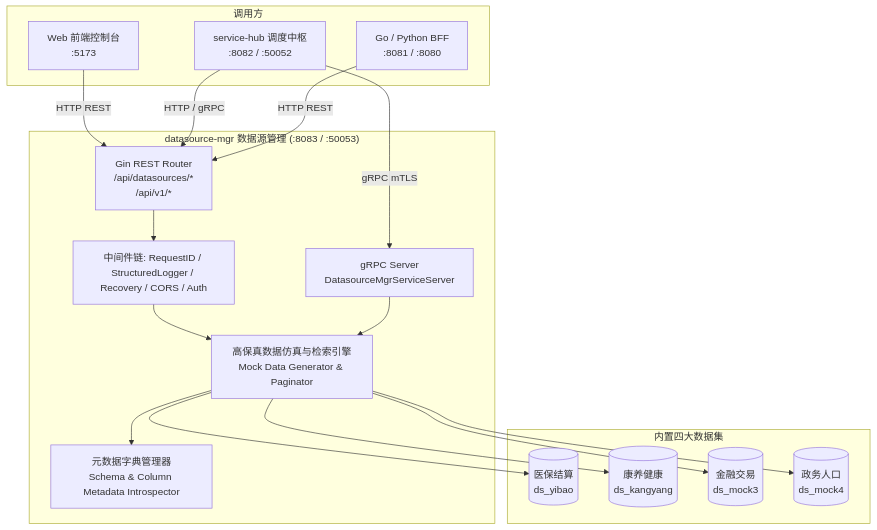
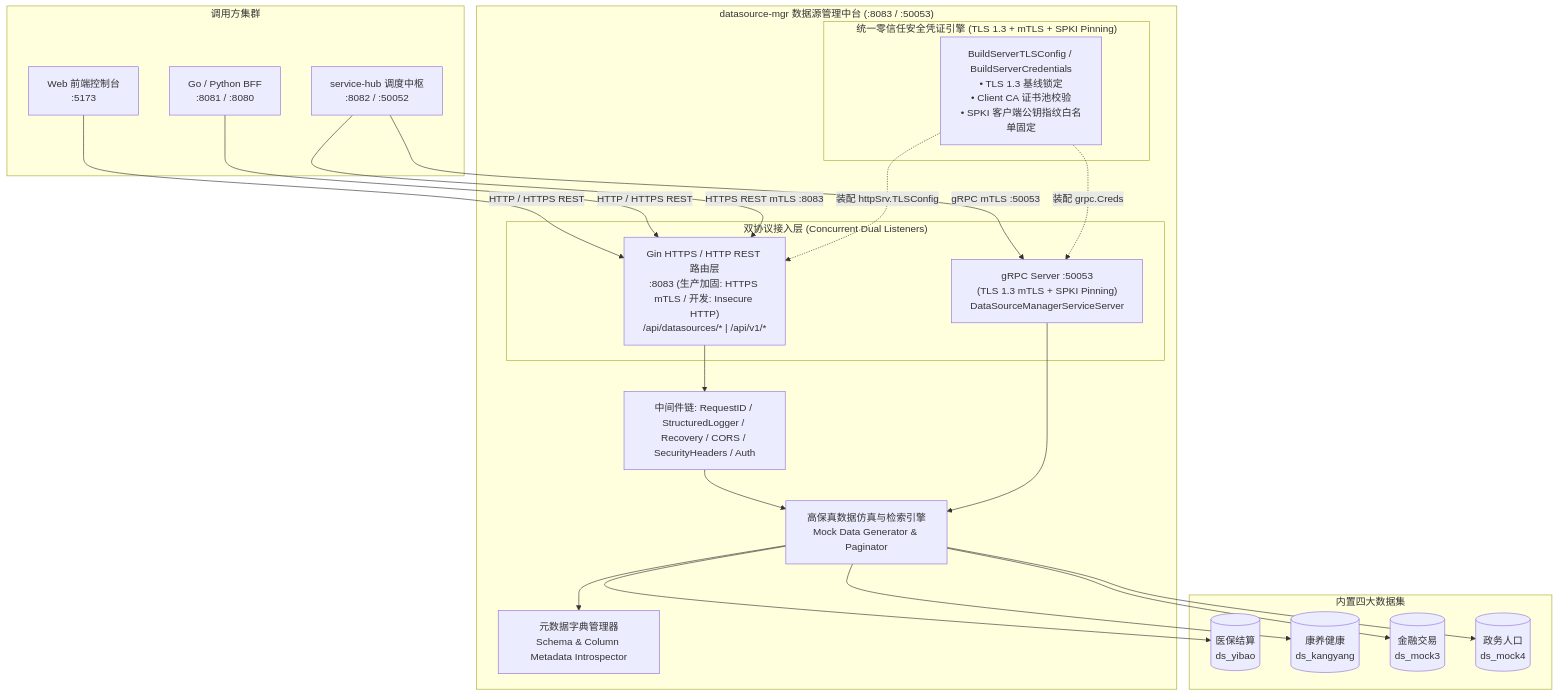
One commit to fengzhizi319/PrivShield changed the first of 4 diagrams in services/datasource-mgr/docs/learning-guide.md. Above: the diagram before and after it, drawn with Mermaid. The commit also changed other lines of this file, not shown here.

First line of the commit message:
docs(datasource-mgr): enrich learning-guide.md with HTTPS mTLS diagrams and dual-protocol security flows

````diff
--- a/services/datasource-mgr/docs/learning-guide.md
+++ b/services/datasource-mgr/docs/learning-guide.md
@@ -72,38 +73,51 @@
 ```mermaid
 flowchart TB
-    subgraph UpstreamConsumers [调用方]
+    subgraph UpstreamConsumers [调用方集群]
         WebConsole[Web 前端控制台<br/>:5173]
         ServiceHub[service-hub 调度中枢<br/>:8082 / :50052]
         ConsoleBFF[Go / Python BFF<br/>:8081 / :8080]
     end
 
-    subgraph DSMgrService ["datasource-mgr 数据源管理 (:8083 / :50053)"]
-        GinRouter[Gin REST Router<br/>/api/datasources/*<br/>/api/v1/*]
-        GRPCSrv[gRPC Server<br/>DatasourceMgrServiceServer]
-        MWStack[中间件链: RequestID / StructuredLogger / Recovery / CORS / Auth]
+    subgraph DSMgrService ["datasource-mgr 数据源管理中台 (:8083 / :50053)"]
+        subgraph SecurityEngine ["统一零信任安全凭证引擎 (TLS 1.3 + mTLS + SPKI Pinning)"]
+            TLSBuilder["BuildServerTLSConfig / BuildServerCredentials<br/>• TLS 1.3 基线锁定<br/>• Client CA 证书池校验<br/>• SPKI 客户端公钥指纹白名单固定"]
+        end
+
+        subgraph ProtocolLayers ["双协议接入层 (Concurrent Dual Listeners)"]
+            GinHTTPS["Gin HTTPS / HTTP REST 路由层<br/>:8083 (生产加固: HTTPS mTLS / 开发: Insecure HTTP)<br/>/api/datasources/* | /api/v1/*"]
+            GRPCSrv["gRPC Server :50053<br/>(TLS 1.3 mTLS + SPKI Pinning)<br/>DataSourceManagerServiceServer"]
+        end
+
+        MWStack[中间件链: RequestID / StructuredLogger / Recovery / CORS / SecurityHeaders / Auth]
         
         DataEngine[高保真数据仿真与检索引擎<br/>Mock Data Generator & Paginator]
         MetadataStore[元数据字典管理器<br/>Schema & Column Metadata Introspector]
     end
 
     subgraph Datasets [内置四大数据集]
         DS1[(医保结算<br/>ds_yibao)]
         DS2[(康养健康<br/>ds_kangyang)]
         DS3[(金融交易<br/>ds_mock3)]
         DS4[(政务人口<br/>ds_mock4)]
     end
 
-    WebConsole -->|HTTP REST| GinRouter
-    ServiceHub -->|HTTP / gRPC| GinRouter
-    ServiceHub -->|gRPC mTLS| GRPCSrv
-    ConsoleBFF -->|HTTP REST| GinRouter
+    %% 调用关系与协议绑定
+    WebConsole -->|HTTP / HTTPS REST| GinHTTPS
+    ConsoleBFF -->|HTTP / HTTPS REST| GinHTTPS
+    ServiceHub -->|HTTPS REST mTLS :8083| GinHTTPS
+    ServiceHub -->|gRPC mTLS :50053| GRPCSrv
 
-    GinRouter --> MWStack --> DataEngine
+    %% 安全引擎与协议层绑定
+    TLSBuilder -.->|装配 httpSrv.TLSConfig| GinHTTPS
+    TLSBuilder -.->|装配 grpc.Creds| GRPCSrv
+
+    %% 业务流转
+    GinHTTPS --> MWStack --> DataEngine
     GRPCSrv --> DataEngine
 
     DataEngine --> MetadataStore
     DataEngine --> DS1
     DataEngine --> DS2
     DataEngine --> DS3
     DataEngine --> DS4
 ```
````
